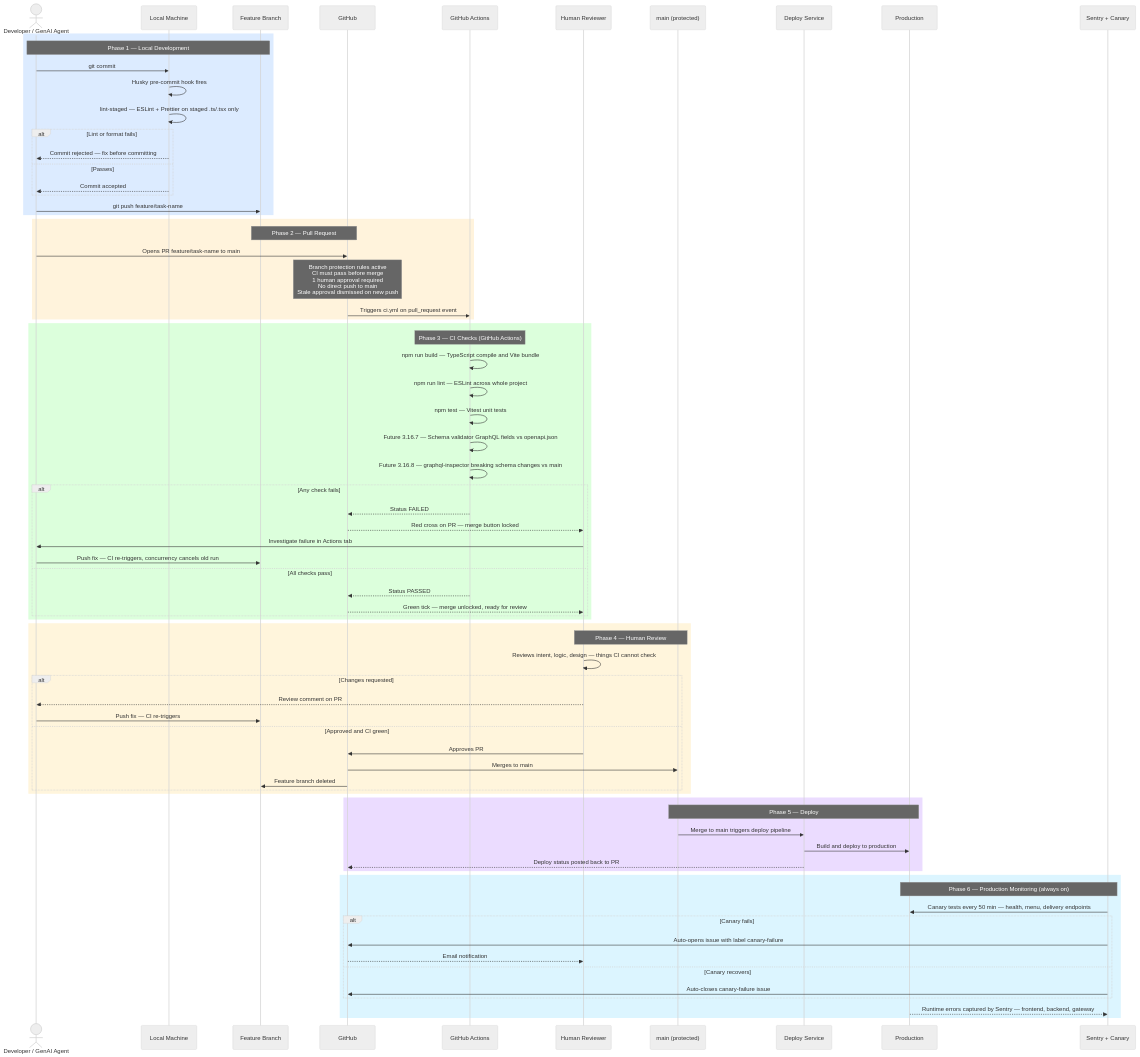
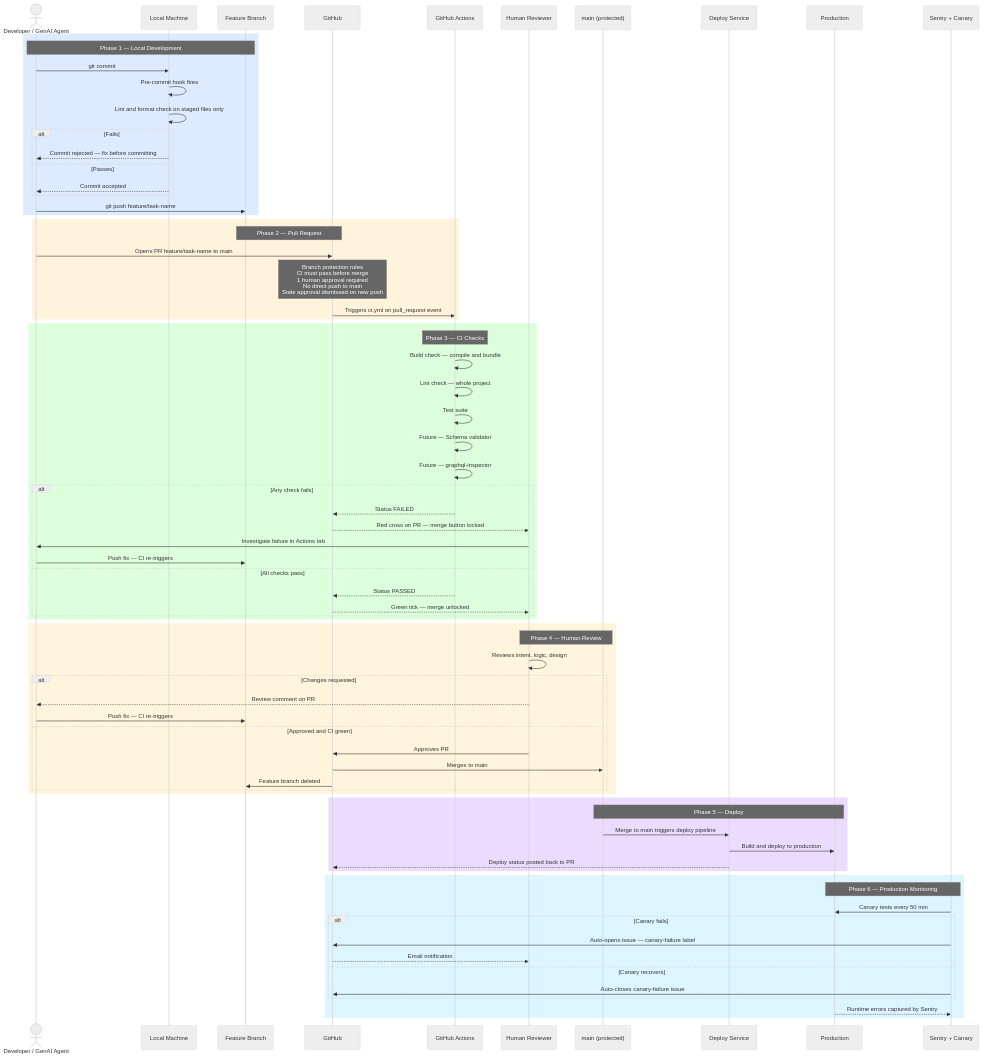
Before and after one commit to vikasparth/restaurant-main: the first of 2 diagrams in docs/engineering-practices/ai-agent-workflow.md, drawn with Mermaid (neutral theme). The commit also changed other lines of this file, not shown here.

````diff
--- a/docs/engineering-practices/ai-agent-workflow.md
+++ b/docs/engineering-practices/ai-agent-workflow.md
@@ -34,9 +34,9 @@
     rect rgb(220, 235, 255)
         note over Dev, Branch: Phase 1 — Local Development
         Dev->>Local: git commit
-        Local->>Local: Husky pre-commit hook fires
-        Local->>Local: lint-staged — ESLint + Prettier on staged .ts/.tsx only
-        alt Lint or format fails
+        Local->>Local: Pre-commit hook fires
+        Local->>Local: Lint and format check on staged files only
+        alt Fails
             Local-->>Dev: Commit rejected — fix before committing
         else Passes
             Local-->>Dev: Commit accepted
@@ -47,31 +47,31 @@
     rect rgb(255, 243, 220)
         note over Branch, GH: Phase 2 — Pull Request
         Dev->>GH: Opens PR  feature/task-name to main
-        note over GH: Branch protection rules active<br/>CI must pass before merge<br/>1 human approval required<br/>No direct push to main<br/>Stale approval dismissed on new push
+        note over GH: Branch protection rules<br/>CI must pass before merge<br/>1 human approval required<br/>No direct push to main<br/>Stale approval dismissed on new push
         GH->>CI: Triggers ci.yml on pull_request event
     end
 
     rect rgb(220, 255, 220)
-        note over CI: Phase 3 — CI Checks (GitHub Actions)
-        CI->>CI: npm run build — TypeScript compile and Vite bundle
-        CI->>CI: npm run lint — ESLint across whole project
-        CI->>CI: npm test — Vitest unit tests
-        CI->>CI: Future 3.16.7 — Schema validator GraphQL fields vs openapi.json
-        CI->>CI: Future 3.16.8 — graphql-inspector breaking schema changes vs main
+        note over CI: Phase 3 — CI Checks
+        CI->>CI: Build check — compile and bundle
+        CI->>CI: Lint check — whole project
+        CI->>CI: Test suite
+        CI->>CI: Future — Schema validator
+        CI->>CI: Future — graphql-inspector
         alt Any check fails
             CI-->>GH: Status FAILED
             GH-->>Human: Red cross on PR — merge button locked
             Human->>Dev: Investigate failure in Actions tab
-            Dev->>Branch: Push fix — CI re-triggers, concurrency cancels old run
+            Dev->>Branch: Push fix — CI re-triggers
         else All checks pass
             CI-->>GH: Status PASSED
-            GH-->>Human: Green tick — merge unlocked, ready for review
+            GH-->>Human: Green tick — merge unlocked
         end
     end
 
     rect rgb(255, 245, 220)
         note over Human, Main: Phase 4 — Human Review
-        Human->>Human: Reviews intent, logic, design — things CI cannot check
+        Human->>Human: Reviews intent, logic, design
         alt Changes requested
             Human-->>Dev: Review comment on PR
             Dev->>Branch: Push fix — CI re-triggers
@@ -90,14 +90,14 @@
     end
 
     rect rgb(220, 245, 255)
-        note over Prod, Monitor: Phase 6 — Production Monitoring (always on)
-        Monitor->>Prod: Canary tests every 50 min — health, menu, delivery endpoints
+        note over Prod, Monitor: Phase 6 — Production Monitoring
+        Monitor->>Prod: Canary tests every 50 min
         alt Canary fails
-            Monitor->>GH: Auto-opens issue with label canary-failure
+            Monitor->>GH: Auto-opens issue — canary-failure label
             GH-->>Human: Email notification
         else Canary recovers
             Monitor->>GH: Auto-closes canary-failure issue
         end
-        Prod-->>Monitor: Runtime errors captured by Sentry — frontend, backend, gateway
+        Prod-->>Monitor: Runtime errors captured by Sentry
     end
 ```
````
